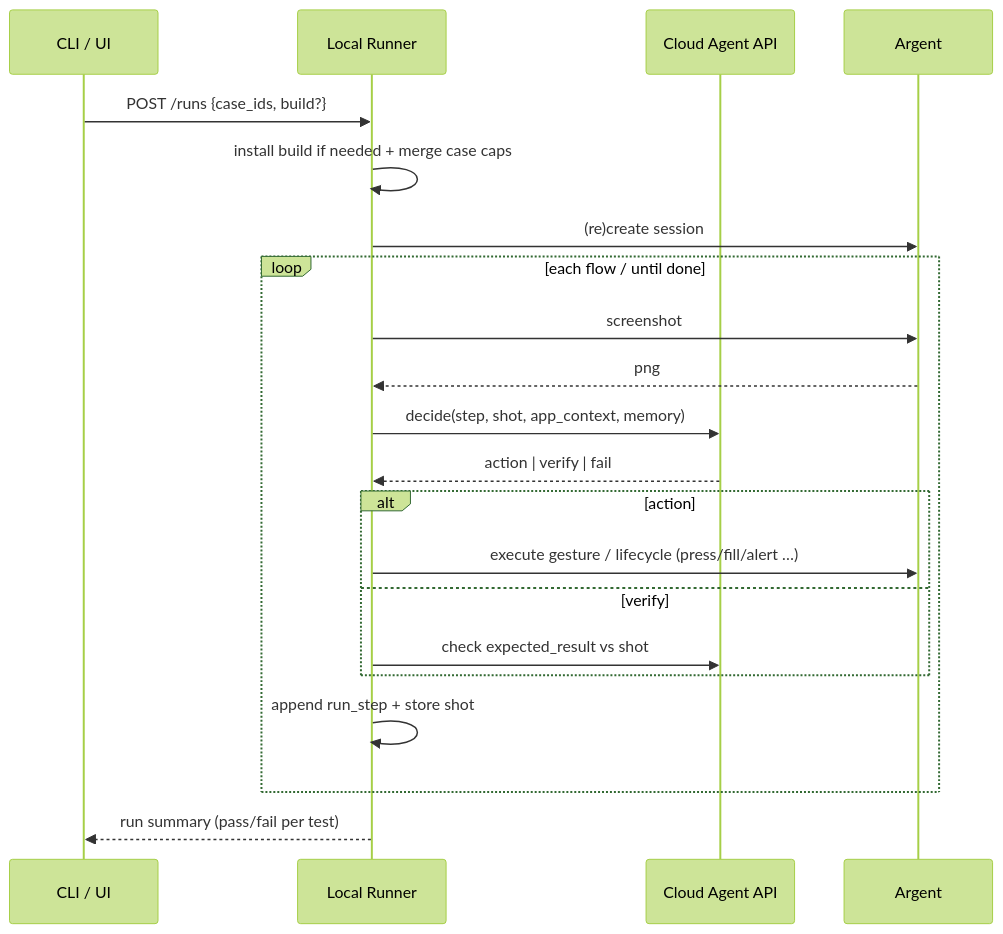
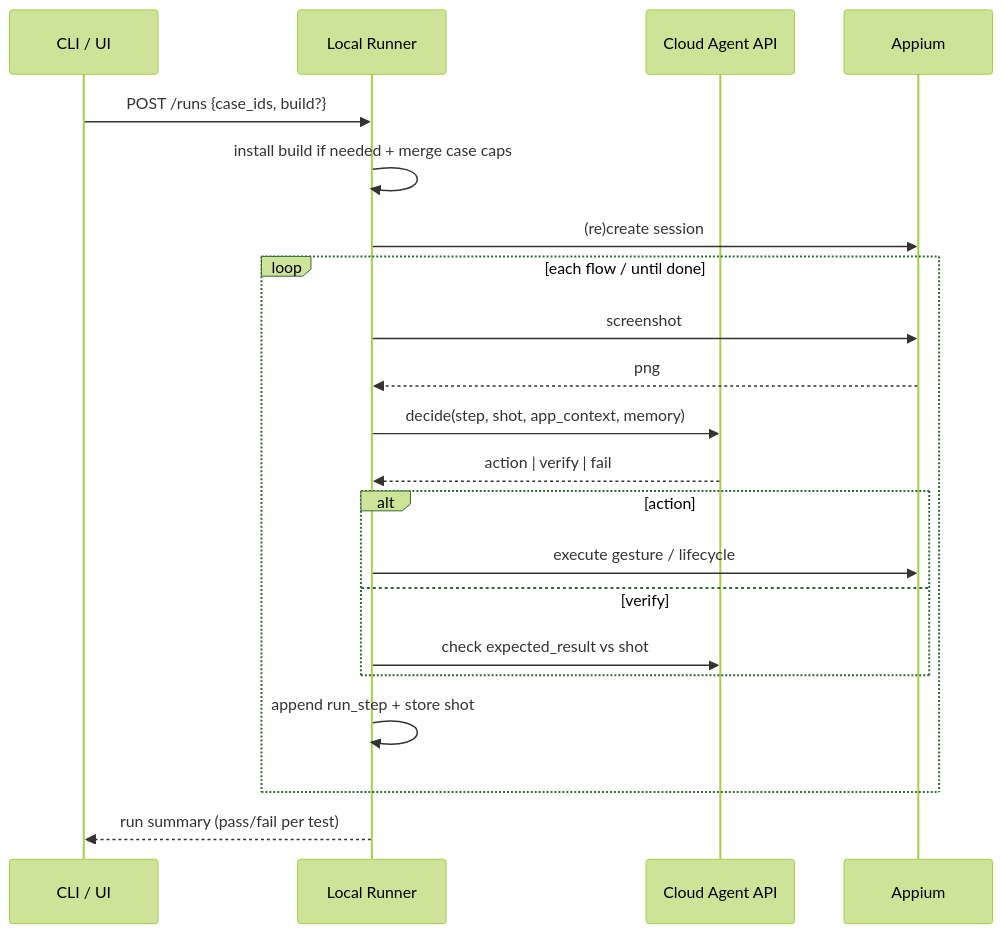
Before and after one commit to Aris-ngoy/qa-agent: the third of 3 diagrams in ARCHITECTURE.md, drawn with Mermaid (forest theme). The commit also changed other lines of this file and 328 other files, not shown here.

````diff
--- a/ARCHITECTURE.md
+++ b/ARCHITECTURE.md
@@ -458,24 +471,24 @@
 ```mermaid
 sequenceDiagram
   participant CLI as CLI / UI
   participant R as Local Runner
   participant C as Cloud Agent API
-  participant A as Argent
+  participant A as Appium
 
   CLI->>R: POST /runs {case_ids, build?}
   R->>R: install build if needed + merge case caps
   R->>A: (re)create session
   loop each flow / until done
     R->>A: screenshot
     A-->>R: png
     R->>C: decide(step, shot, app_context, memory)
     C-->>R: action | verify | fail
     alt action
-      R->>A: execute gesture / lifecycle (press/fill/alert …)
+      R->>A: execute gesture / lifecycle
     else verify
       R->>C: check expected_result vs shot
     end
     R->>R: append run_step + store shot
   end
   R-->>CLI: run summary (pass/fail per test)
 ```
````
